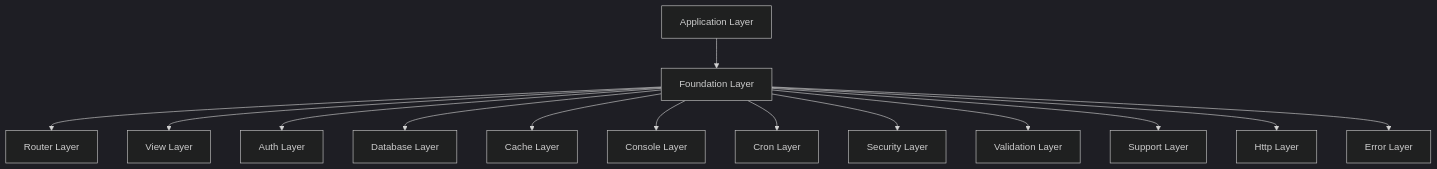
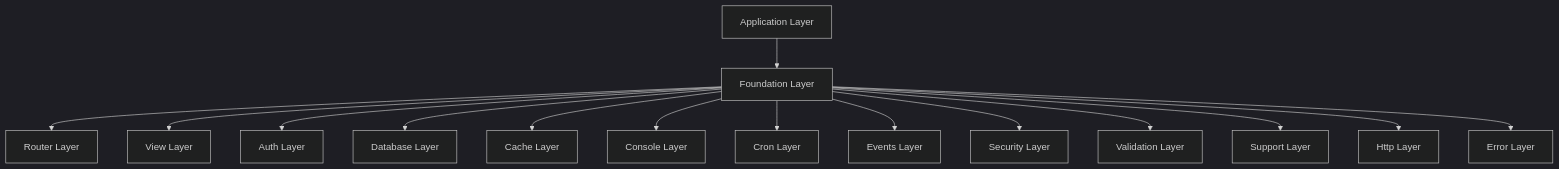
The diagram in .kilocode/rules/memory-bank/architecture.md (lengthofrope/treehouse), drawn with Mermaid (dark theme) before and after one commit. The commit also changed other lines of this file and 1 other file, not shown here.

Commit message:
Update architecture and context documentation for events system integration

````diff
--- a/.kilocode/rules/memory-bank/architecture.md
+++ b/.kilocode/rules/memory-bank/architecture.md
@@ -9,16 +9,17 @@
 ```mermaid
 graph TB
     A[Application Layer] --> B[Foundation Layer]
     B --> C[Router Layer]
     B --> D[View Layer]
     B --> E[Auth Layer]
     B --> F[Database Layer]
     B --> G[Cache Layer]
     B --> H[Console Layer]
     B --> I[Cron Layer]
-    B --> J[Security Layer]
-    B --> K[Validation Layer]
-    B --> L[Support Layer]
-    B --> M[Http Layer]
-    B --> N[Error Layer]
+    B --> J[Events Layer]
+    B --> K[Security Layer]
+    B --> L[Validation Layer]
+    B --> M[Support Layer]
+    B --> N[Http Layer]
+    B --> O[Error Layer]
 ```
````
